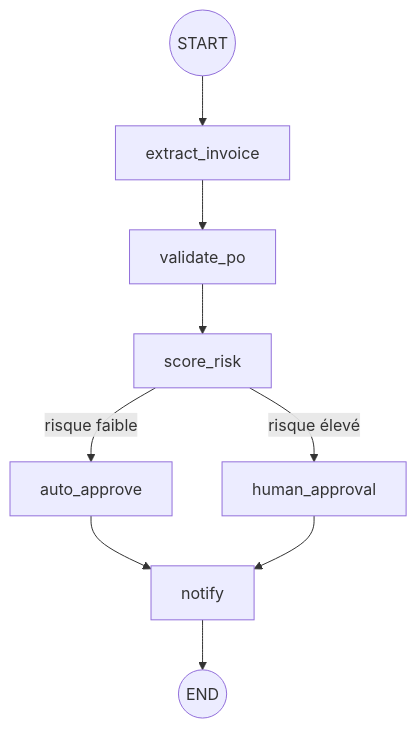
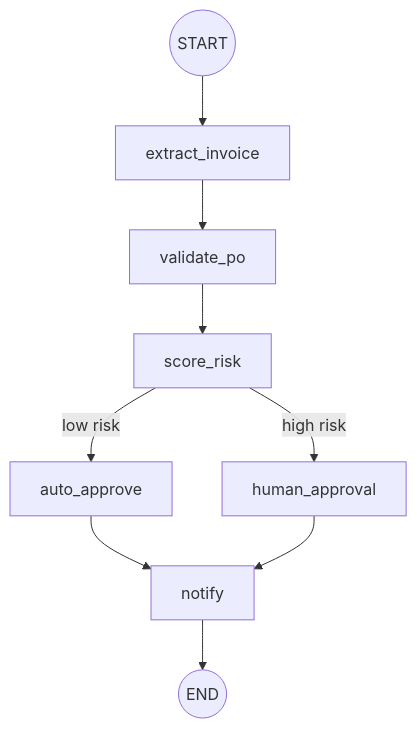
The diagram in README.md (UlysseLeb/alder-ap-agent), drawn with Mermaid before and after one commit. The commit also changed other lines of this file, not shown here.

````diff
--- a/README.md
+++ b/README.md
@@ -26,11 +26,11 @@
 ```mermaid
 graph TD
     START(("START")) --> EI["extract_invoice"]
     EI --> VP["validate_po"]
     VP --> SR["score_risk"]
-    SR -- risque faible --> AA["auto_approve"]
-    SR -- risque élevé --> HA["human_approval"]
+    SR -- low risk --> AA["auto_approve"]
+    SR -- high risk --> HA["human_approval"]
     AA --> N["notify"]
     HA --> N
     N --> END(("END"))
 ```
````
